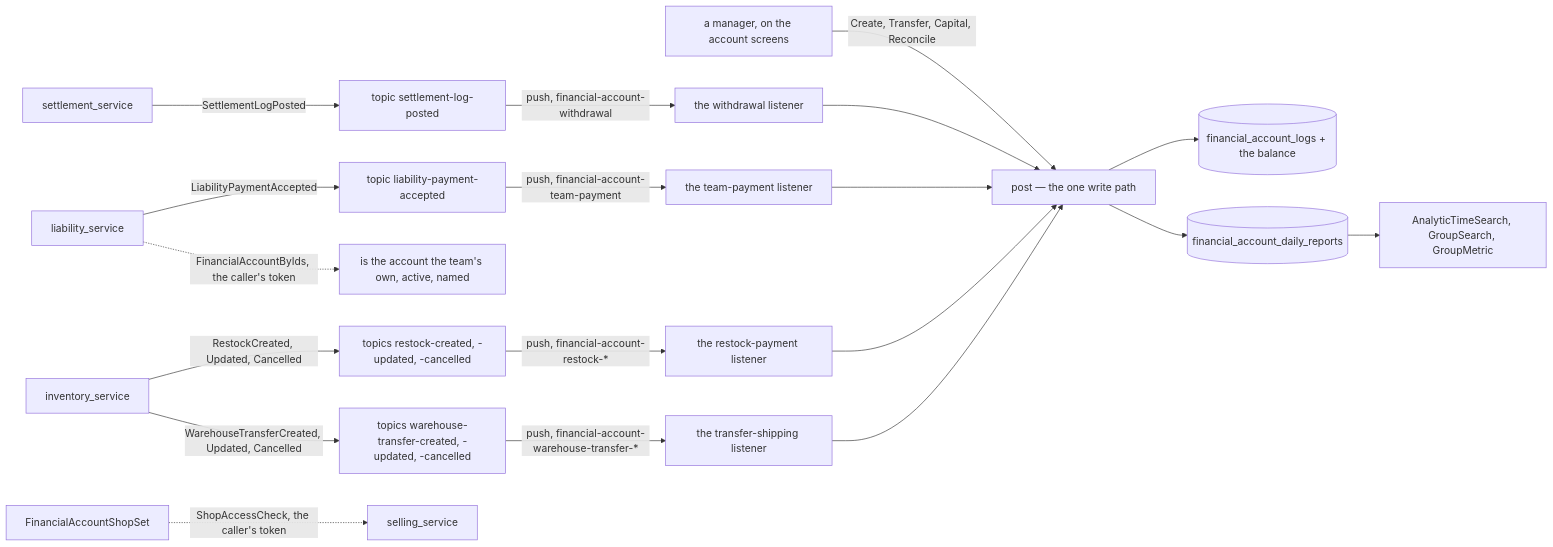
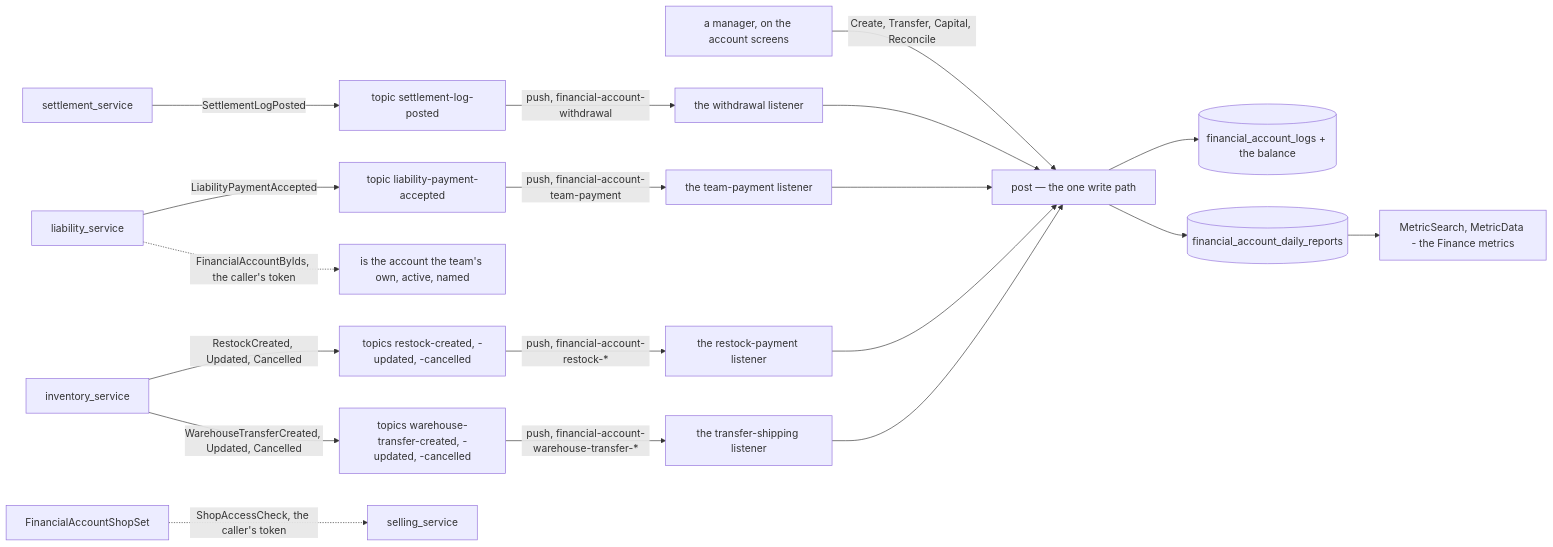
Before and after one commit to pdcgo/warehouse_revamp: the first of 9 diagrams in docs/services/financial_account_service/rpc.md, drawn with Mermaid. The commit also changed other lines of this file and 297 other files, not shown here.

````diff
--- a/docs/services/financial_account_service/rpc.md
+++ b/docs/services/financial_account_service/rpc.md
@@ -34,21 +34,21 @@
 ```mermaid
 flowchart LR
   P["a manager, on the account screens"] -->|"Create, Transfer, Capital, Reconcile"| POST["post — the one write path"]
   S["settlement_service"] -->|"SettlementLogPosted"| T["topic settlement-log-posted"]
   T -->|"push, financial-account-withdrawal"| WL["the withdrawal listener"]
   WL --> POST
   LS["liability_service"] -->|"LiabilityPaymentAccepted"| LT["topic liability-payment-accepted"]
   LT -->|"push, financial-account-team-payment"| TL["the team-payment listener"]
   TL --> POST
   IS["inventory_service"] -->|"RestockCreated, Updated, Cancelled"| RT["topics restock-created, -updated, -cancelled"]
   RT -->|"push, financial-account-restock-*"| RL["the restock-payment listener"]
   RL --> POST
   IS -->|"WarehouseTransferCreated, Updated, Cancelled"| WT["topics warehouse-transfer-created, -updated, -cancelled"]
   WT -->|"push, financial-account-warehouse-transfer-*"| SL["the transfer-shipping listener"]
   SL --> POST
   LS -.->|"FinancialAccountByIds, the caller's token"| BI["is the account the team's own, active, named"]
   POST --> L[("financial_account_logs + the balance")]
   POST --> D[("financial_account_daily_reports")]
-  D --> A["AnalyticTimeSearch, GroupSearch, GroupMetric"]
+  D --> A["MetricSearch, MetricData - the Finance metrics"]
   SS["FinancialAccountShopSet"] -.->|"ShopAccessCheck, the caller's token"| SH["selling_service"]
 ```
````
